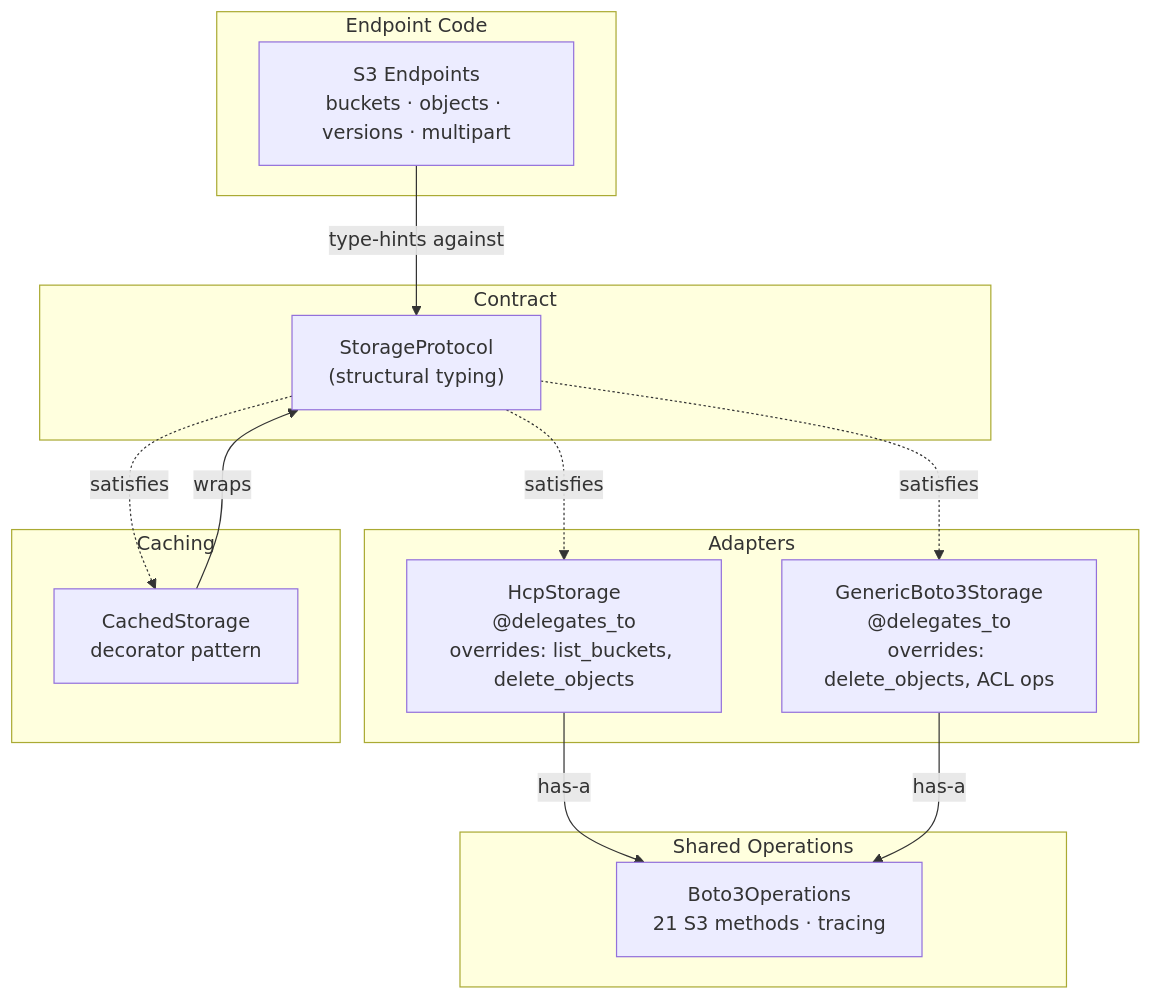
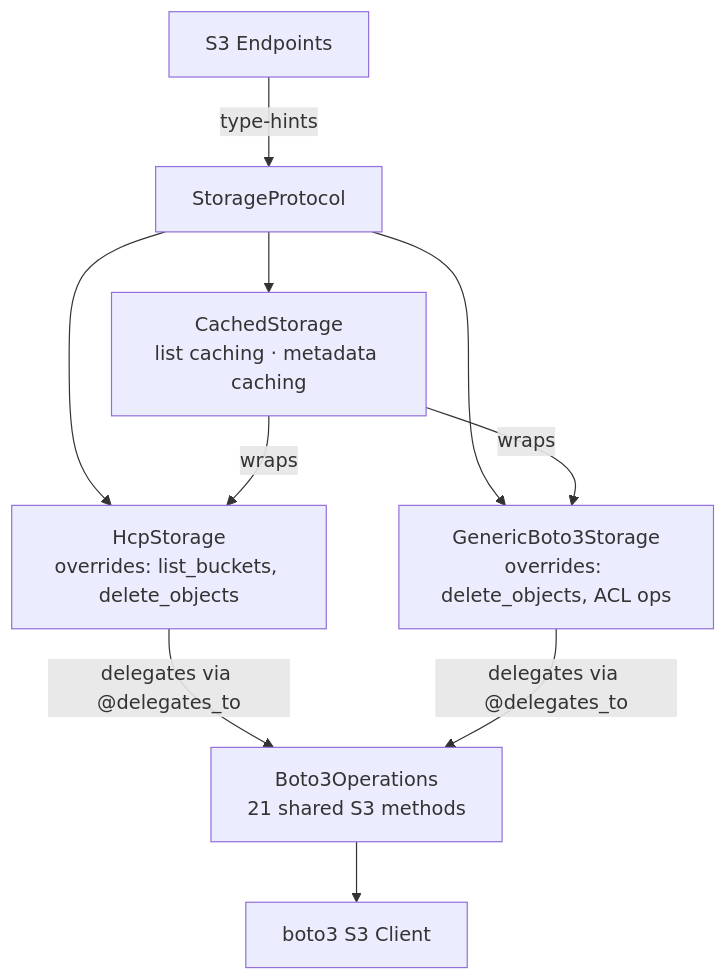
The diagram in docs/architecture/storage.md (AI-Riksarkivet/ra-hcp), drawn with Mermaid before and after one commit. The commit also changed 3 other files, not shown here.

First line of the commit message:
docs: simplify architecture diagrams and update fix-docs command

````diff
--- a/docs/architecture/storage.md
+++ b/docs/architecture/storage.md
@@ -5,31 +5,16 @@
 ```mermaid
 graph TD
-    subgraph "Endpoint Code"
-        EP["S3 Endpoints<br/>buckets · objects · versions · multipart"]
-    end
+    EP["S3 Endpoints"] -->|"type-hints"| SP["StorageProtocol"]
 
-    subgraph "Contract"
-        SP["StorageProtocol<br/>(structural typing)"]
-    end
+    SP --> CACHED["CachedStorage<br/>list caching · metadata caching"]
+    SP --> HCP_A["HcpStorage<br/>overrides: list_buckets, delete_objects"]
+    SP --> GEN["GenericBoto3Storage<br/>overrides: delete_objects, ACL ops"]
 
-    subgraph "Shared Operations"
-        OPS["Boto3Operations<br/>21 S3 methods · tracing"]
-    end
+    CACHED -->|"wraps"| HCP_A
+    CACHED -->|"wraps"| GEN
 
-    subgraph "Adapters"
-        HCP_A["HcpStorage<br/>@delegates_to<br/>overrides: list_buckets, delete_objects"]
-        GEN["GenericBoto3Storage<br/>@delegates_to<br/>overrides: delete_objects, ACL ops"]
-    end
+    HCP_A -->|"delegates via @delegates_to"| OPS["Boto3Operations<br/>21 shared S3 methods"]
+    GEN -->|"delegates via @delegates_to"| OPS
 
-    subgraph "Caching"
-        CACHED["CachedStorage<br/>decorator pattern"]
-    end
-
-    EP -->|"type-hints against"| SP
-    SP -.->|"satisfies"| HCP_A
-    SP -.->|"satisfies"| GEN
-    SP -.->|"satisfies"| CACHED
-    HCP_A -->|"has-a"| OPS
-    GEN -->|"has-a"| OPS
-    CACHED -->|"wraps"| SP
+    OPS --> CLIENT["boto3 S3 Client"]
 ```
````
